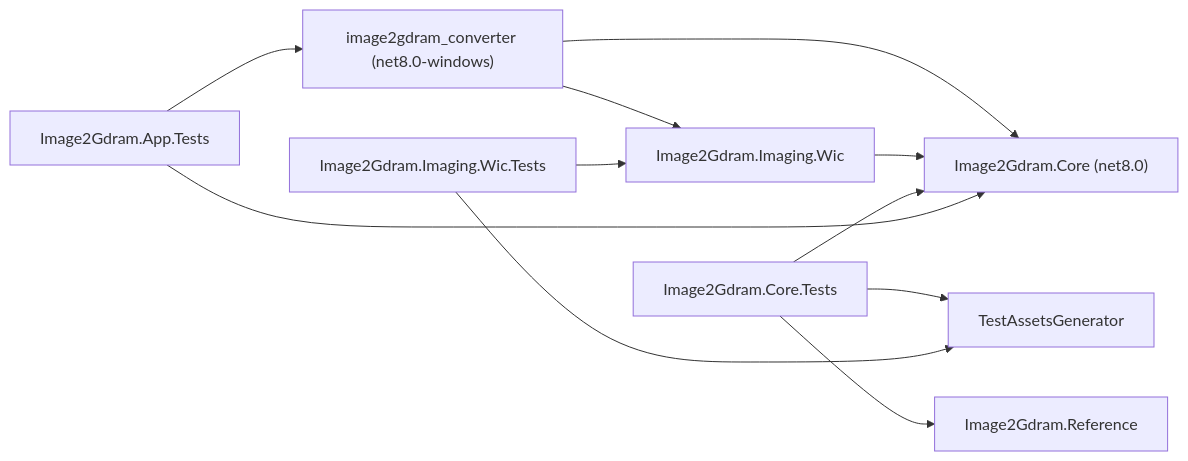
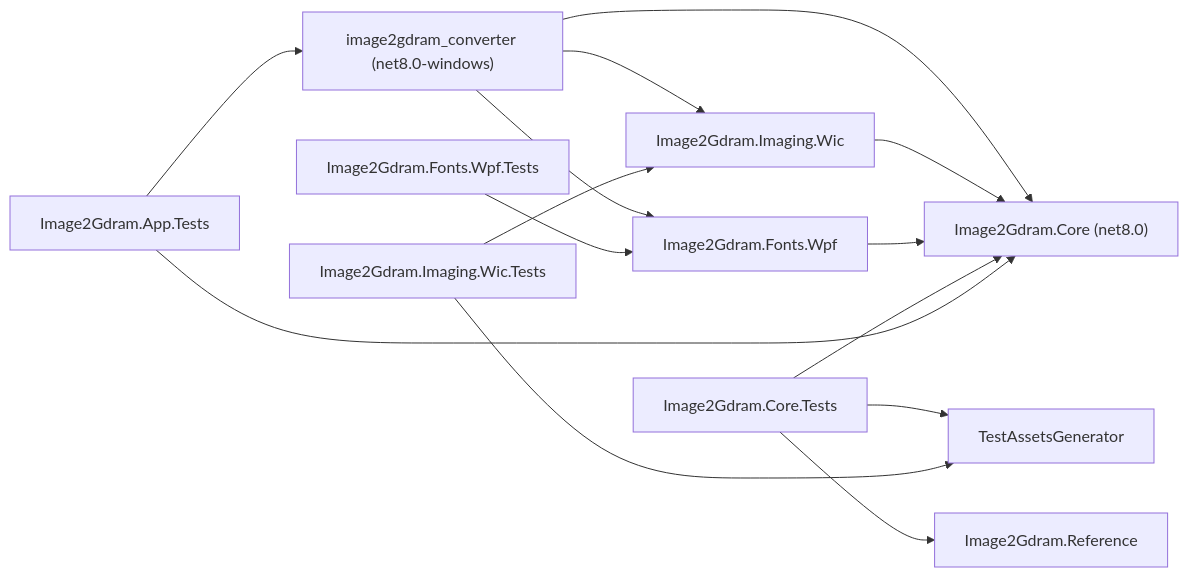
One commit to Gary11777/image2gdram_converter changed the first of 3 diagrams in docs/architecture.md. Above: the diagram before and after it, drawn with Mermaid. The commit also changed other lines of this file and 31 other files, not shown here.

````diff
--- a/docs/architecture.md
+++ b/docs/architecture.md
@@ -47,13 +51,16 @@
 ```mermaid
 flowchart LR
     App["image2gdram_converter (net8.0-windows)"] --> Core["Image2Gdram.Core (net8.0)"]
     App --> Wic["Image2Gdram.Imaging.Wic"]
     Wic --> Core
+    App --> FontsWpf["Image2Gdram.Fonts.Wpf"]
+    FontsWpf --> Core
+    FontsWpfTests["Image2Gdram.Fonts.Wpf.Tests"] --> FontsWpf
     CoreTests["Image2Gdram.Core.Tests"] --> Core
     CoreTests --> Ref["Image2Gdram.Reference"]
     CoreTests --> Tool["TestAssetsGenerator"]
     WicTests["Image2Gdram.Imaging.Wic.Tests"] --> Wic
     WicTests --> Tool
     AppTests["Image2Gdram.App.Tests"] --> App
     AppTests --> Core
 ```
````
